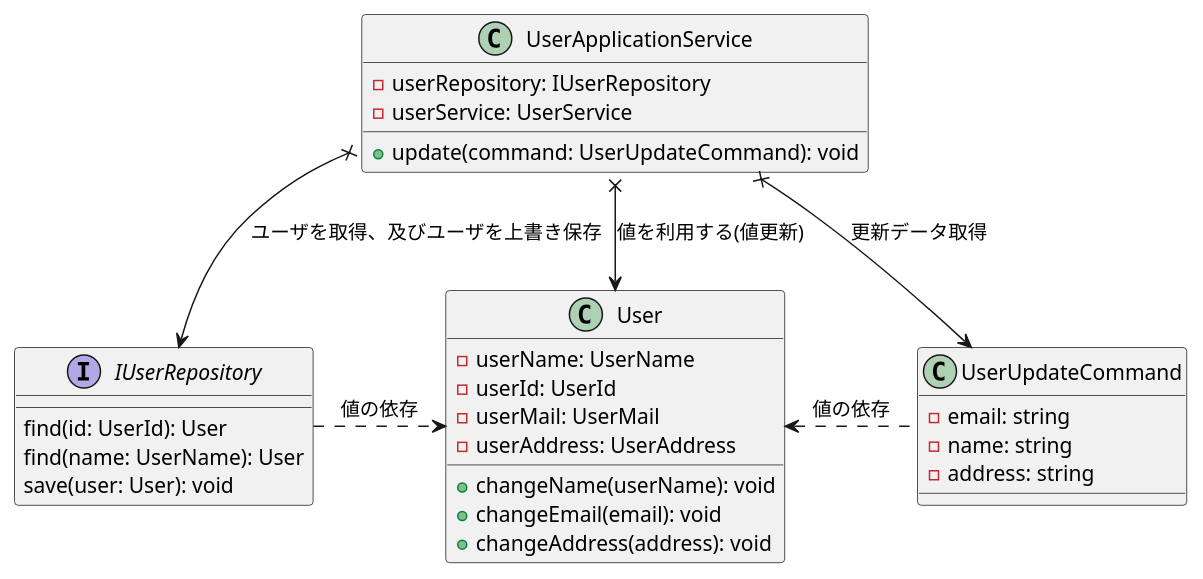
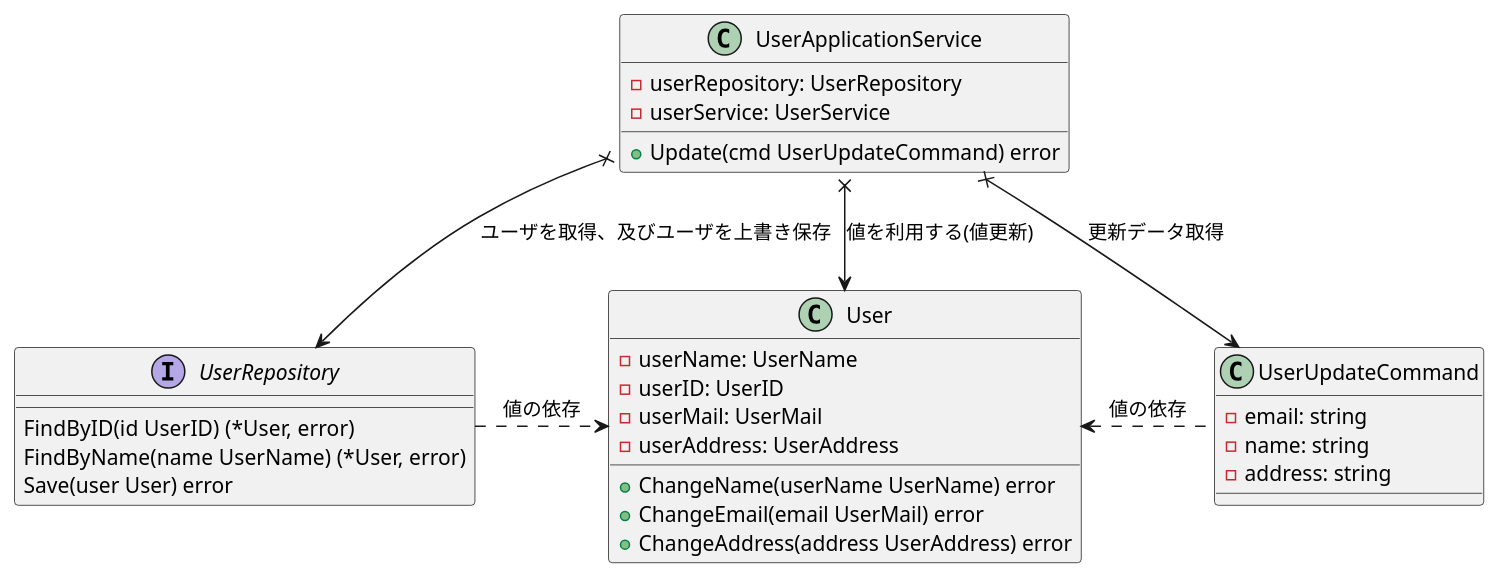
The diagram in diagrams/ch06-update-user.puml (Yuki-TU/ddd), drawn with PlantUML before and after one commit. The commit also changed 40 other files, not shown here.

Commit message:
サンプルと図を Go の慣習に揃え、DDD の説明コメントを残す。

```diff
--- a/diagrams/ch06-update-user.puml
+++ b/diagrams/ch06-update-user.puml
@@ -1,32 +1,32 @@
 @startuml
 UserApplicationService x--> UserUpdateCommand: 更新データ取得
 UserApplicationService x--> User: 値を利用する(値更新)
-UserApplicationService x--> IUserRepository: ユーザを取得、及びユーザを上書き保存
-IUserRepository .> User: 値の依存
+UserApplicationService x--> UserRepository: ユーザを取得、及びユーザを上書き保存
+UserRepository .> User: 値の依存
 User <. UserUpdateCommand: 値の依存
 
 class UserUpdateCommand {
   - email: string
   - name: string
   - address: string
 }
 class User {
   - userName: UserName
-  - userId: UserId
+  - userID: UserID
   - userMail: UserMail
   - userAddress: UserAddress
-  + changeName(userName): void
-  + changeEmail(email): void
-  + changeAddress(address): void
+  + ChangeName(userName UserName) error
+  + ChangeEmail(email UserMail) error
+  + ChangeAddress(address UserAddress) error
 }
 class UserApplicationService {
-  - userRepository: IUserRepository
+  - userRepository: UserRepository
   - userService: UserService
-  + update(command: UserUpdateCommand): void
+  + Update(cmd UserUpdateCommand) error
 }
-interface IUserRepository {
-  find(id: UserId): User
-  find(name: UserName): User
-  save(user: User): void
+interface UserRepository {
+  FindByID(id UserID) (*User, error)
+  FindByName(name UserName) (*User, error)
+  Save(user User) error
 }
 @enduml
```
